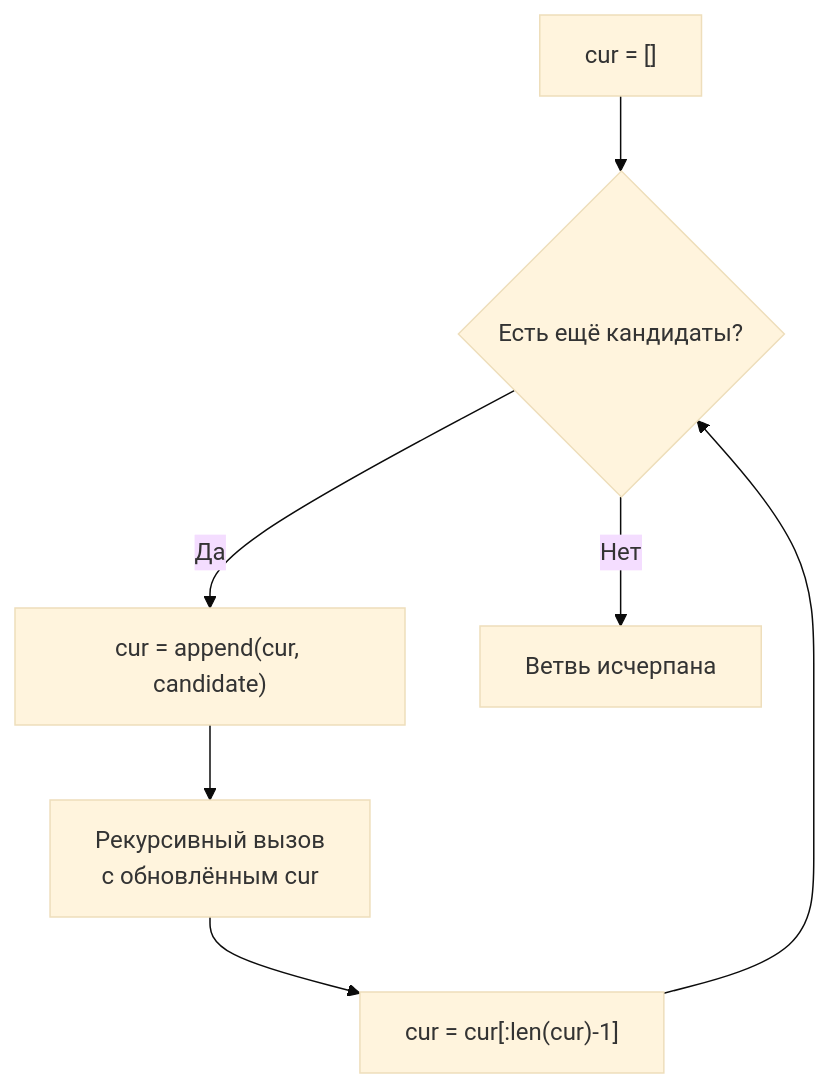
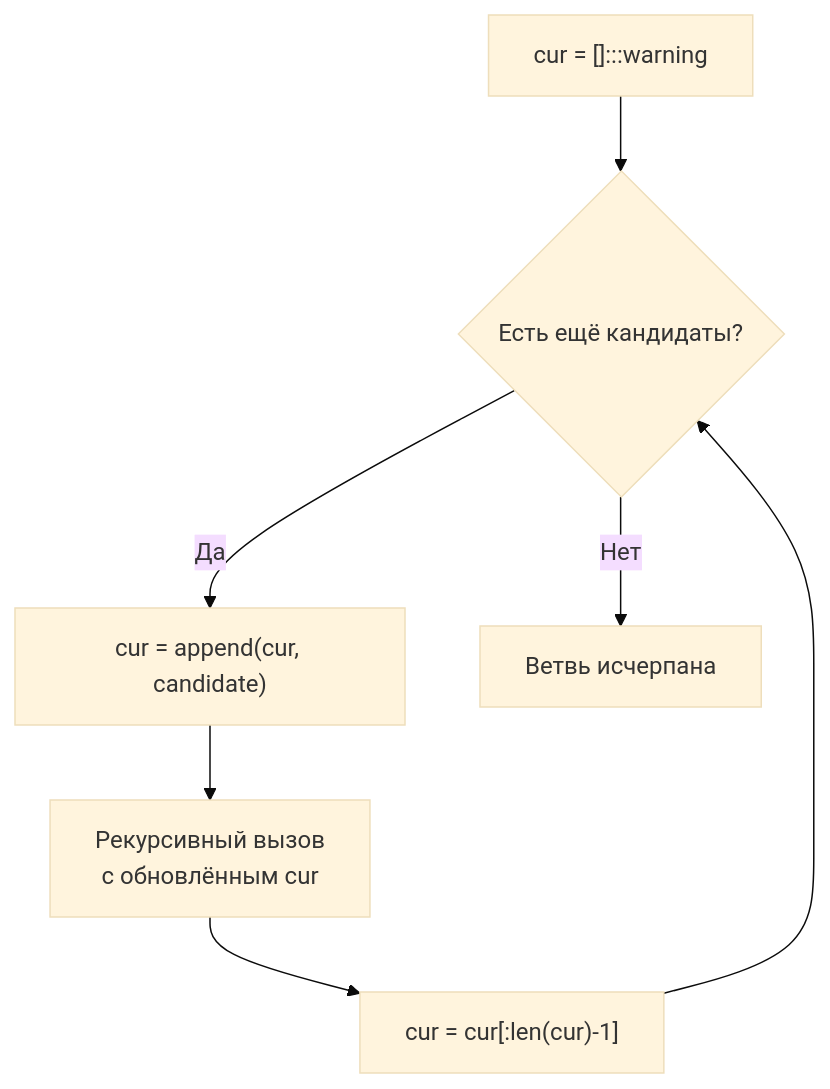
Before and after one commit to UnrealTemplier/go-textbook: the diagram in sources/21. Задачи с LeetCode и собеседований на Go/02. Задачи/10. Backtracking/2. Генерация комбинаций.md, drawn with Mermaid (base theme). The commit also changed 1666 other files, not shown here.

First line of the commit message:
feat(mermaid): add semantic color classDef to 1369 colorless flowchart/graph diagrams

````diff
--- a/sources/21. Задачи с LeetCode и собеседований на Go/02. Задачи/10. Backtracking/2. Генерация комбинаций.md
+++ b/sources/21. Задачи с LeetCode и собеседований на Go/02. Задачи/10. Backtracking/2. Генерация комбинаций.md
@@ -10,9 +10,19 @@
 ```mermaid
 flowchart TD
-    Start["cur = []"] --> Loop{"Есть ещё кандидаты?"}
+    classDef process  fill:#1e293b,stroke:#38bdf8,stroke-width:1px,color:#f8fafc
+    classDef success  fill:#064e3b,stroke:#34d399,stroke-width:1px,color:#f8fafc
+    classDef error    fill:#7f1d1d,stroke:#f87171,stroke-width:1px,color:#f8fafc
+    classDef warning  fill:#78350f,stroke:#fbbf24,stroke-width:1px,color:#f8fafc
+    classDef entry    fill:#1e3a5f,stroke:#38bdf8,stroke-width:2px,color:#f8fafc
+    classDef aux      fill:#334155,stroke:#64748b,stroke-width:1px,color:#f8fafc
+    classDef system   fill:#312e81,stroke:#a78bfa,stroke-width:1px,color:#f8fafc
+    classDef data     fill:#132d29,stroke:#2dd4bf,stroke-width:1px,color:#f8fafc
+    classDef network  fill:#881337,stroke:#fb7185,stroke-width:1px,color:#f8fafc
+    classDef accent   fill:#1e1b4b,stroke:#818cf8,stroke-width:1px,color:#f8fafc
+    Start["cur = []:::warning"] --> Loop{"Есть ещё кандидаты?"}
     Loop -->|"Да"| Add["cur = append(cur, candidate)"]
     Add --> Recurse["Рекурсивный вызов<br>с обновлённым cur"]
     Recurse --> Backtrack["cur = cur[:len(cur)-1]"]
     Backtrack --> Loop
     Loop -->|"Нет"| Done["Ветвь исчерпана"]
 ```
````
